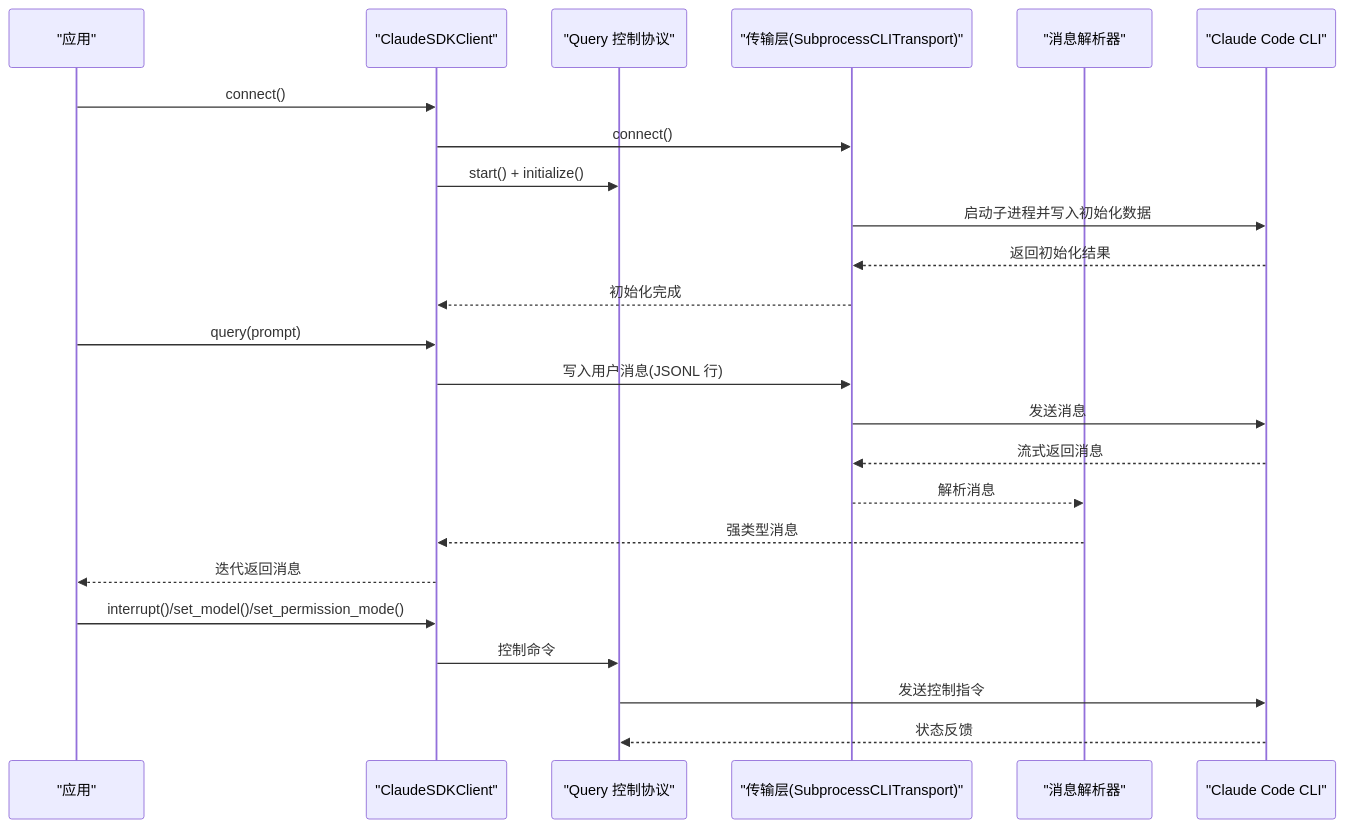
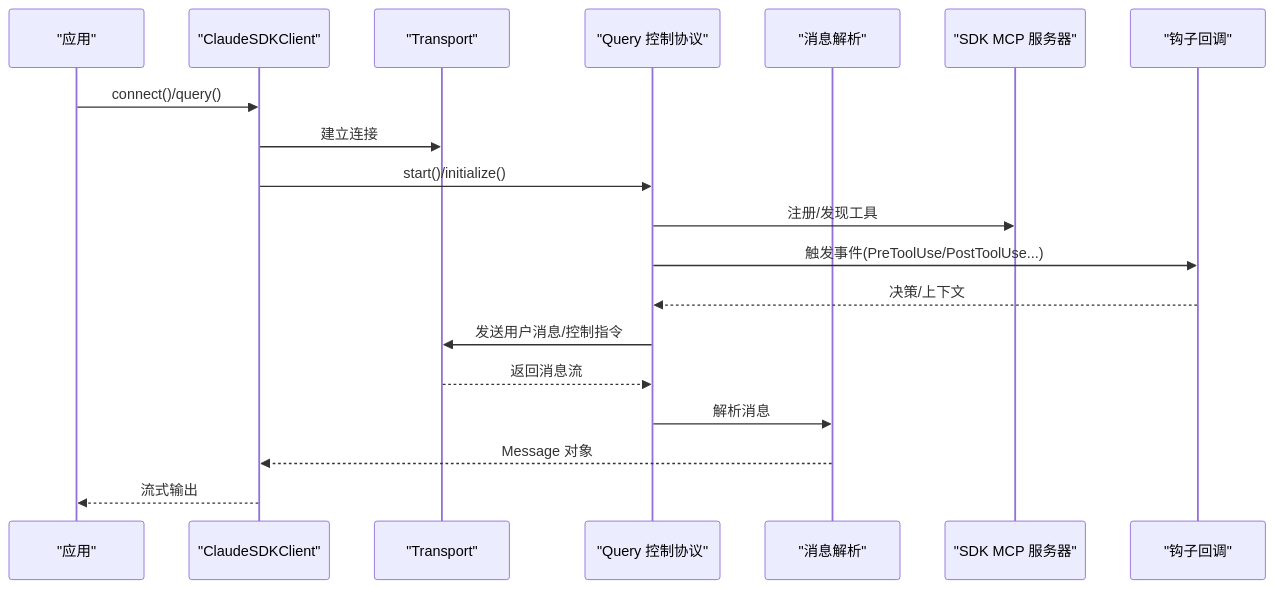
Before and after one commit to defulat-coder/claude-agent-sdk-python: the second of 6 diagrams in .qoder/repowiki/zh/content/高级功能/高级功能.md, drawn with Mermaid. The commit also changed other lines of this file and 85 other files, not shown here.

````diff
--- a/.qoder/repowiki/zh/content/高级功能/高级功能.md
+++ b/.qoder/repowiki/zh/content/高级功能/高级功能.md
@@ -112,26 +85,21 @@
 ```mermaid
 sequenceDiagram
 participant App as "应用"
 participant Client as "ClaudeSDKClient"
+participant Transport as "Transport"
 participant Query as "Query 控制协议"
-participant Transport as "传输层(SubprocessCLITransport)"
-participant Parser as "消息解析器"
-participant CLI as "Claude Code CLI"
-App->>Client : connect()
-Client->>Transport : connect()
-Client->>Query : start() + initialize()
-Transport->>CLI : 启动子进程并写入初始化数据
-CLI-->>Transport : 返回初始化结果
-Transport-->>Client : 初始化完成
-App->>Client : query(prompt)
-Client->>Transport : 写入用户消息(JSONL 行)
-Transport->>CLI : 发送消息
-CLI-->>Transport : 流式返回消息
-Transport-->>Parser : 解析消息
-Parser-->>Client : 强类型消息
-Client-->>App : 迭代返回消息
-App->>Client : interrupt()/set_model()/set_permission_mode()
-Client->>Query : 控制命令
-Query->>CLI : 发送控制指令
-CLI-->>Query : 状态反馈
+participant Parser as "消息解析"
+participant MCP as "SDK MCP 服务器"
+participant Hooks as "钩子回调"
+App->>Client : connect()/query()
+Client->>Transport : 建立连接
+Client->>Query : start()/initialize()
+Query->>MCP : 注册/发现工具
+Query->>Hooks : 触发事件(PreToolUse/PostToolUse...)
+Hooks-->>Query : 决策/上下文
+Query->>Transport : 发送用户消息/控制指令
+Transport-->>Query : 返回消息流
+Query->>Parser : 解析消息
+Parser-->>Client : Message 对象
+Client-->>App : 流式输出
 ```
````
